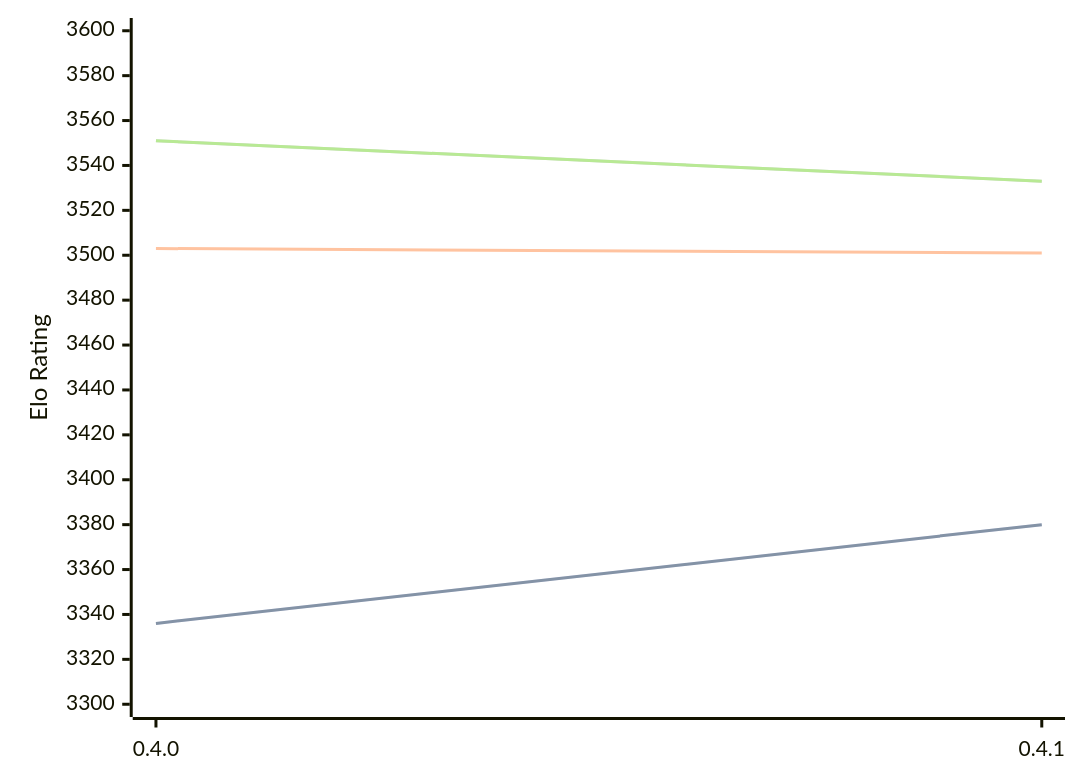
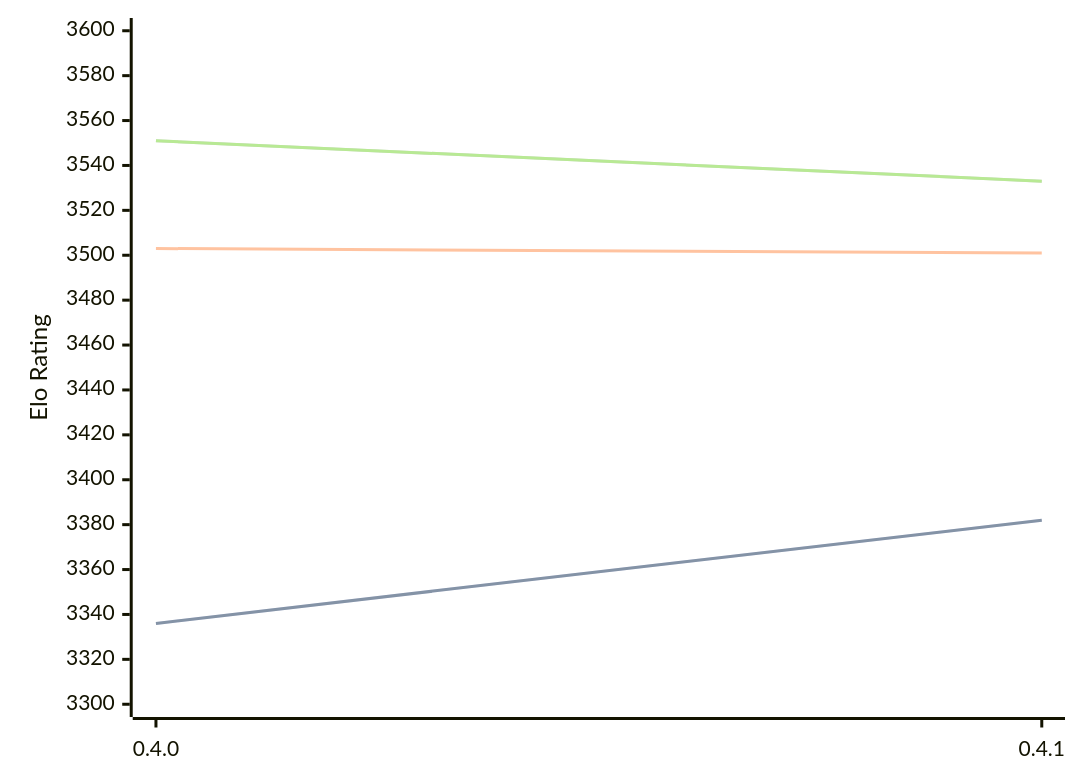
The diagram in engines/Cinder.md (computer-chess-index/cci), drawn with Mermaid before and after one commit. The commit also changed other lines of this file, not shown here.

Commit message:
Update CCI Ratings (ELO VLTC) - 2026-04-10

````diff
--- a/engines/Cinder.md
+++ b/engines/Cinder.md
@@ -40,11 +40,11 @@
 ```mermaid
 %%{init: {"theme":"base","themeVariables":{"seriesColors:['#a3a3a3','#222221','#faa371']}}}%%
 xychart-beta
   x-axis ["0.4.0", "0.4.1"]
   y-axis "Elo Rating" 3300 --> 3600
-  line "STC (8.0+0.08s)" [3336, 3380]
-  line "STC (8.0+0.08s)" [3336, 3380]
+  line "STC (8.0+0.08s)" [3336, 3382]
+  line "STC (8.0+0.08s)" [3336, 3382]
   line "LTC (60.0+0.60s)" [3503, 3501]
   line "VLTC (2m24s+1.12s)" [3551, 3533]
   line "VLTC (2m24s+1.12s)" [3551, 3533]
 ```
````
